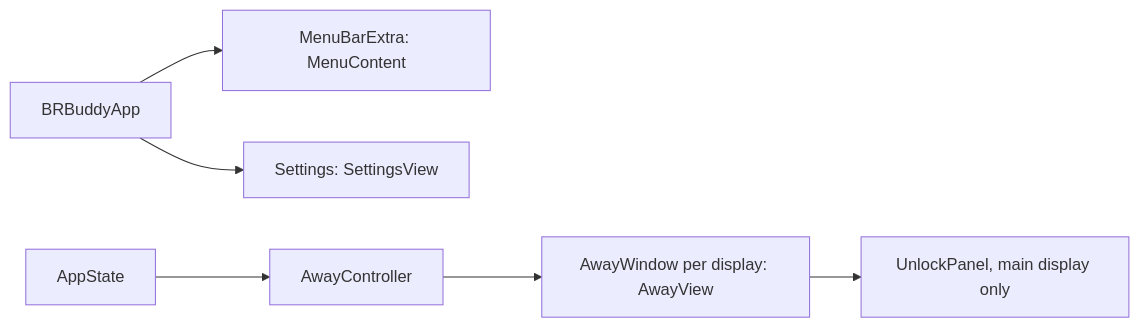
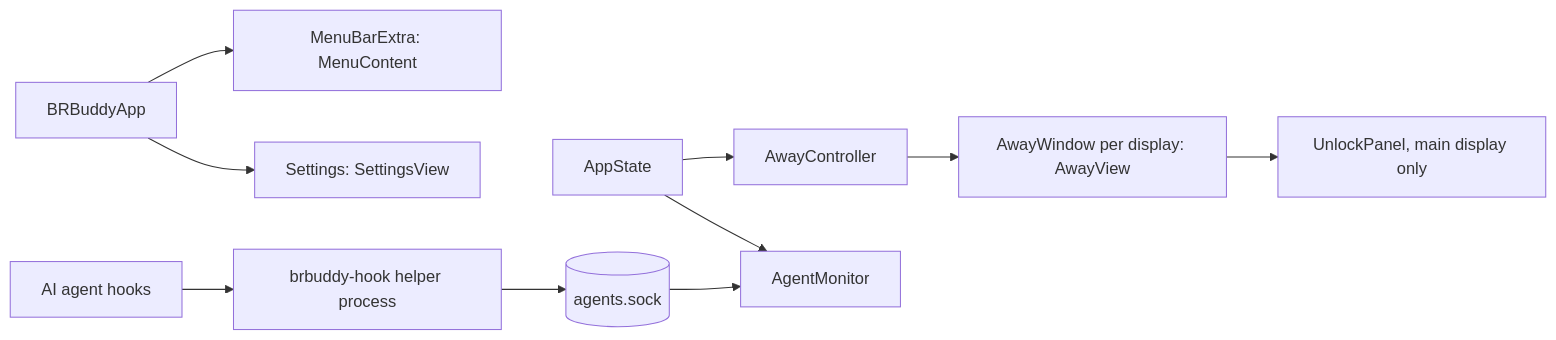
The first of 2 diagrams in docs/architecture/README.md (dhaataalimited-hub/brbuddy), drawn with Mermaid before and after one commit. The commit also changed other lines of this file and 25 other files, not shown here.

````diff
--- a/docs/architecture/README.md
+++ b/docs/architecture/README.md
@@ -18,8 +23,11 @@
 ```mermaid
 flowchart LR
   App[BRBuddyApp] --> Menu[MenuBarExtra: MenuContent]
   App --> Settings[Settings: SettingsView]
   State[AppState] --> Away[AwayController]
   Away --> Win[AwayWindow per display: AwayView]
   Win --> Unlock[UnlockPanel, main display only]
+  Agents[AI agent hooks] --> Hook[brbuddy-hook helper process]
+  Hook --> Sock[(agents.sock)] --> Monitor[AgentMonitor]
+  State --> Monitor
 ```
````
